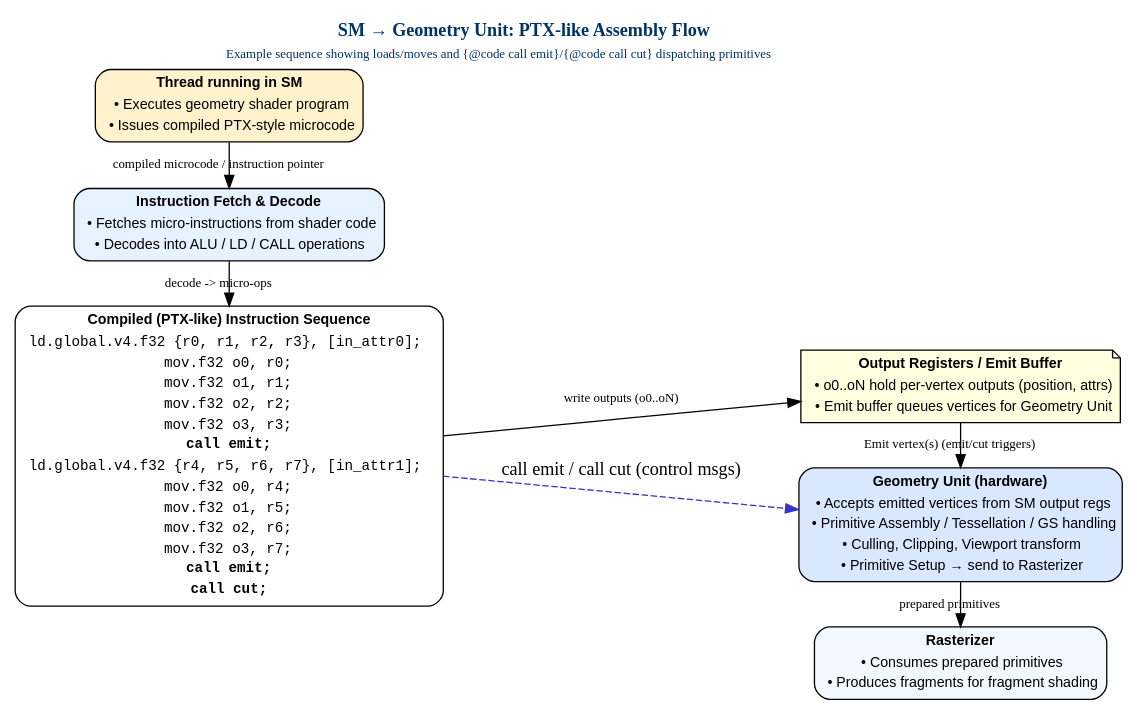
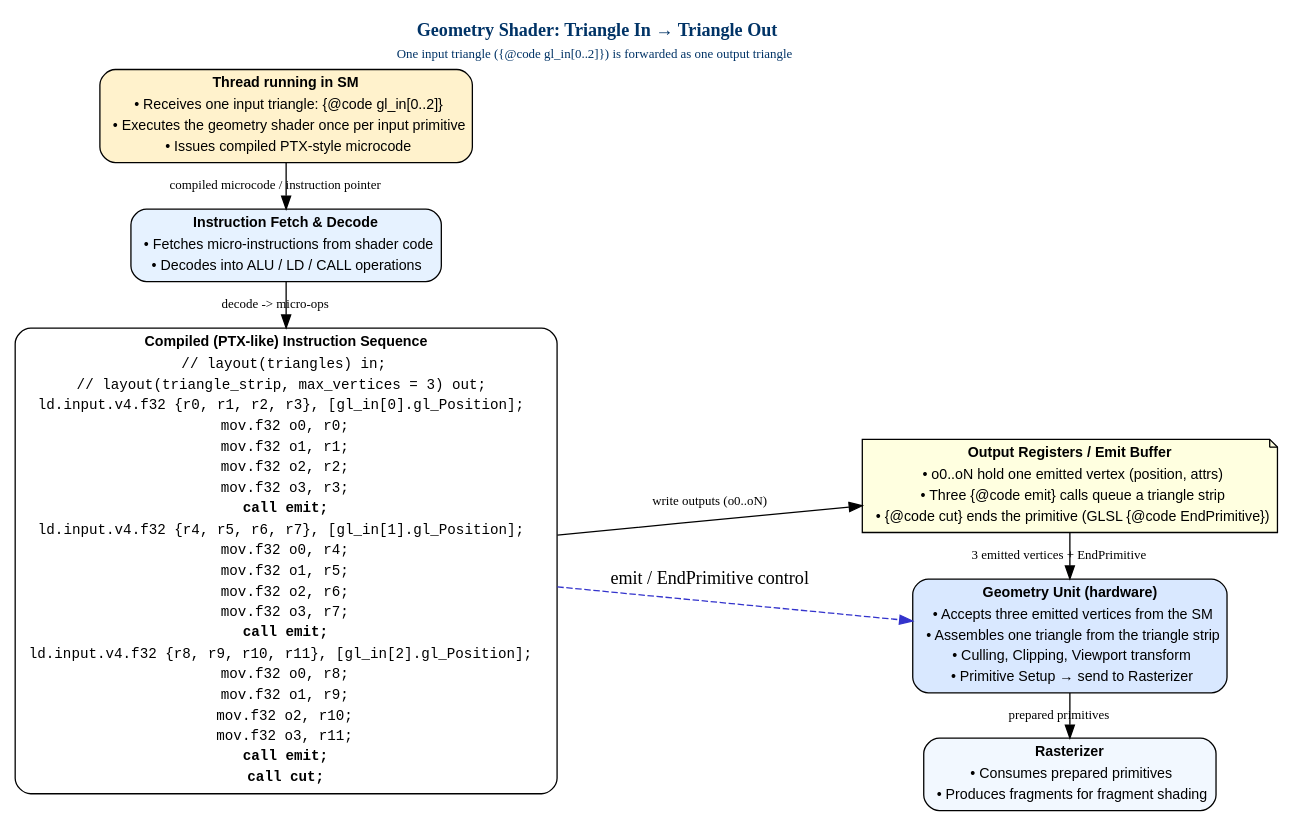
Before and after one commit to Jonathan2251/gpu: the diagram in Fig/hw/sm-geometry.gv, drawn with Graphviz. The commit also changed 1 other file, not shown here.

Commit message:
hw.rst: refine section 'Geometry Units'

```diff
--- a/Fig/hw/sm-geometry.gv
+++ b/Fig/hw/sm-geometry.gv
@@ -1,94 +1,104 @@
 digraph SM_Geometry_Assembly {
   rankdir=LR;
   bgcolor="white";
   node [shape=box, style="rounded,filled", fontname="Arial", fontsize=11];
 
   /* Graph-level title (left-aligned, bold) */
   label=<
     <TABLE BORDER="0" CELLBORDER="0" CELLSPACING="0" ALIGN="LEFT">
-      <TR><TD><FONT POINT-SIZE="14" COLOR="#003366"><B>SM → Geometry Unit: PTX-like Assembly Flow</B></FONT></TD></TR>
-      <TR><TD><FONT POINT-SIZE="10" COLOR="#003366">Example sequence showing loads/moves and {@code call emit}/{@code call cut} dispatching primitives</FONT></TD></TR>
+      <TR><TD><FONT POINT-SIZE="14" COLOR="#003366"><B>Geometry Shader: Triangle In → Triangle Out</B></FONT></TD></TR>
+      <TR><TD><FONT POINT-SIZE="10" COLOR="#003366">One input triangle ({@code gl_in[0..2]}) is forwarded as one output triangle</FONT></TD></TR>
     </TABLE>
   >;
   labelloc=top;
 
   /* SM thread node */
   SMThread [fillcolor="#FFF2CC" label=<
     <TABLE BORDER="0" CELLBORDER="0" CELLSPACING="0" ALIGN="LEFT">
       <TR><TD><B>Thread running in SM</B></TD></TR>
-      <TR><TD>• Executes geometry shader program</TD></TR>
+      <TR><TD>• Receives one input triangle: {@code gl_in[0..2]}</TD></TR>
+      <TR><TD>• Executes the geometry shader once per input primitive</TD></TR>
       <TR><TD>• Issues compiled PTX-style microcode</TD></TR>
     </TABLE>
   >];
 
   /* Instruction Fetch / Decoder */
   InstFetch [fillcolor="#E6F2FF" label=<
     <TABLE BORDER="0" CELLBORDER="0" CELLSPACING="0" ALIGN="LEFT">
       <TR><TD><B>Instruction Fetch &amp; Decode</B></TD></TR>
       <TR><TD>• Fetches micro-instructions from shader code</TD></TR>
       <TR><TD>• Decodes into ALU / LD / CALL operations</TD></TR>
     </TABLE>
   >];
 
   /* Assembly sequence node showing PTX-like lines */
   AsmSeq [fillcolor="#FFFFFF" penwidth="1" label=<
     <TABLE BORDER="0" CELLBORDER="0" CELLSPACING="0" ALIGN="LEFT">
       <TR><TD><B>Compiled (PTX-like) Instruction Sequence</B></TD></TR>
-      <TR><TD><FONT FACE="monospace">ld.global.v4.f32 {r0, r1, r2, r3}, [in_attr0];</FONT></TD></TR>
+      <TR><TD><FONT FACE="monospace">// layout(triangles) in;</FONT></TD></TR>
+      <TR><TD><FONT FACE="monospace">// layout(triangle_strip, max_vertices = 3) out;</FONT></TD></TR>
+      <TR><TD><FONT FACE="monospace">ld.input.v4.f32 {r0, r1, r2, r3}, [gl_in[0].gl_Position];</FONT></TD></TR>
       <TR><TD><FONT FACE="monospace">mov.f32 o0, r0;</FONT></TD></TR>
       <TR><TD><FONT FACE="monospace">mov.f32 o1, r1;</FONT></TD></TR>
       <TR><TD><FONT FACE="monospace">mov.f32 o2, r2;</FONT></TD></TR>
       <TR><TD><FONT FACE="monospace">mov.f32 o3, r3;</FONT></TD></TR>
       <TR><TD><FONT FACE="monospace"><B>call emit;</B></FONT></TD></TR>
-      <TR><TD><FONT FACE="monospace">ld.global.v4.f32 {r4, r5, r6, r7}, [in_attr1];</FONT></TD></TR>
+      <TR><TD><FONT FACE="monospace">ld.input.v4.f32 {r4, r5, r6, r7}, [gl_in[1].gl_Position];</FONT></TD></TR>
       <TR><TD><FONT FACE="monospace">mov.f32 o0, r4;</FONT></TD></TR>
       <TR><TD><FONT FACE="monospace">mov.f32 o1, r5;</FONT></TD></TR>
       <TR><TD><FONT FACE="monospace">mov.f32 o2, r6;</FONT></TD></TR>
       <TR><TD><FONT FACE="monospace">mov.f32 o3, r7;</FONT></TD></TR>
+      <TR><TD><FONT FACE="monospace"><B>call emit;</B></FONT></TD></TR>
+      <TR><TD><FONT FACE="monospace">ld.input.v4.f32 {r8, r9, r10, r11}, [gl_in[2].gl_Position];</FONT></TD></TR>
+      <TR><TD><FONT FACE="monospace">mov.f32 o0, r8;</FONT></TD></TR>
+      <TR><TD><FONT FACE="monospace">mov.f32 o1, r9;</FONT></TD></TR>
+      <TR><TD><FONT FACE="monospace">mov.f32 o2, r10;</FONT></TD></TR>
+      <TR><TD><FONT FACE="monospace">mov.f32 o3, r11;</FONT></TD></TR>
       <TR><TD><FONT FACE="monospace"><B>call emit;</B></FONT></TD></TR>
       <TR><TD><FONT FACE="monospace"><B>call cut;</B></FONT></TD></TR>
     </TABLE>
   >];
 
   /* Output registers / buffers that hold emitted vertex data */
   OutRegs [shape=note, fillcolor="#FFFFE0", label=<
     <TABLE BORDER="0" CELLBORDER="0" CELLSPACING="0" ALIGN="LEFT">
       <TR><TD><B>Output Registers / Emit Buffer</B></TD></TR>
-      <TR><TD>• o0..oN hold per-vertex outputs (position, attrs)</TD></TR>
-      <TR><TD>• Emit buffer queues vertices for Geometry Unit</TD></TR>
+      <TR><TD>• o0..oN hold one emitted vertex (position, attrs)</TD></TR>
+      <TR><TD>• Three {@code emit} calls queue a triangle strip</TD></TR>
+      <TR><TD>• {@code cut} ends the primitive (GLSL {@code EndPrimitive})</TD></TR>
     </TABLE>
   >];
 
   /* Geometry Unit with internal stages (simplified) */
   GeoUnit [fillcolor="#D9E8FF" label=<
     <TABLE BORDER="0" CELLBORDER="0" CELLSPACING="0" ALIGN="LEFT">
       <TR><TD><B>Geometry Unit (hardware)</B></TD></TR>
-      <TR><TD>• Accepts emitted vertices from SM output regs</TD></TR>
-      <TR><TD>• Primitive Assembly / Tessellation / GS handling</TD></TR>
+      <TR><TD>• Accepts three emitted vertices from the SM</TD></TR>
+      <TR><TD>• Assembles one triangle from the triangle strip</TD></TR>
       <TR><TD>• Culling, Clipping, Viewport transform</TD></TR>
       <TR><TD>• Primitive Setup → send to Rasterizer</TD></TR>
     </TABLE>
   >];
 
   Rasterizer [fillcolor="#F2F8FF" label=<
     <TABLE BORDER="0" CELLBORDER="0" CELLSPACING="0" ALIGN="LEFT">
       <TR><TD><B>Rasterizer</B></TD></TR>
       <TR><TD>• Consumes prepared primitives</TD></TR>
       <TR><TD>• Produces fragments for fragment shading</TD></TR>
     </TABLE>
   >];
 
   /* Dataflow edges */
   SMThread -> InstFetch [label=" compiled microcode / instruction pointer" fontsize=10];
   InstFetch -> AsmSeq [label=" decode -> micro-ops" fontsize=10];
   AsmSeq -> OutRegs [label=" write outputs (o0..oN)" fontsize=10];
-  OutRegs -> GeoUnit [label=" Emit vertex(s) (emit/cut triggers)" fontsize=10];
+  OutRegs -> GeoUnit [label=" 3 emitted vertices + EndPrimitive" fontsize=10];
   GeoUnit -> Rasterizer [label=" prepared primitives" fontsize=10];
 
   /* Control arrows (illustrate call emit/cut semantics) */
-  AsmSeq -> GeoUnit [label=" call emit / call cut (control msgs)", style=dashed, color="#3333CC"];
+  AsmSeq -> GeoUnit [label=" emit / EndPrimitive control", style=dashed, color="#3333CC"];
 
   /* layout hints */
   { rank = same; SMThread; InstFetch; AsmSeq }
   { rank = same; OutRegs; GeoUnit; Rasterizer }
 }
```
